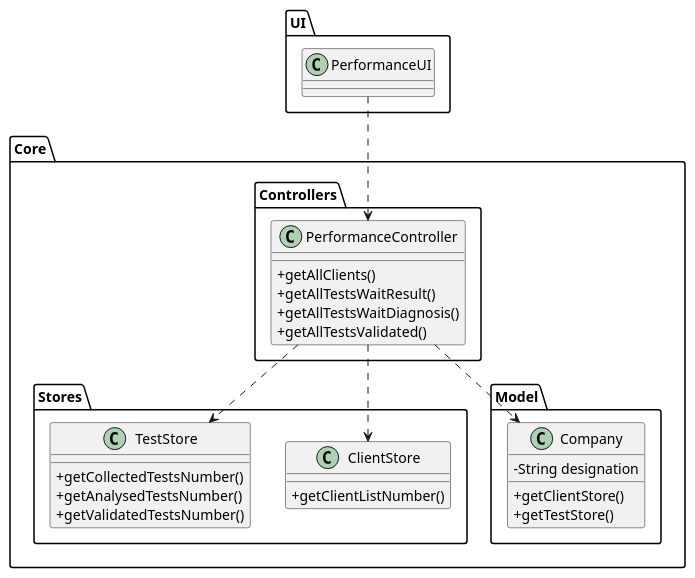
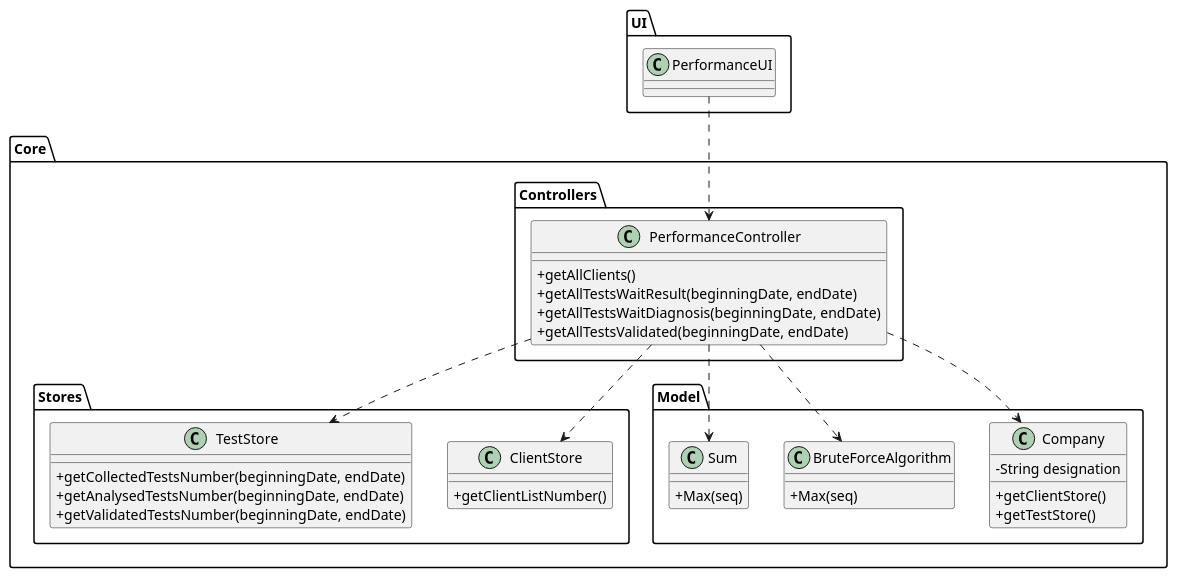
The diagram in docs/SprintD/US16/US16-CD.puml (0franciscor/lei-21-s2-1de-g19), drawn with PlantUML before and after one commit. The commit also changed 9 other files, not shown here.

```diff
--- a/docs/SprintD/US16/US16-CD.puml
+++ b/docs/SprintD/US16/US16-CD.puml
@@ -1,48 +1,58 @@
 @startuml
 'https://plantuml.com/class-diagram
 
 skinparam classAttributeIconSize 0
 
 package "UI" {
 class PerformanceUI{
 }
 }
 
 package "Core" {
 package "Controllers"{
 class PerformanceController{
   +getAllClients()
-  +getAllTestsWaitResult()
-  +getAllTestsWaitDiagnosis()
-  +getAllTestsValidated()
+  +getAllTestsWaitResult(beginningDate, endDate)
+  +getAllTestsWaitDiagnosis(beginningDate, endDate)
+  +getAllTestsValidated(beginningDate, endDate)
 }
 }
 
 package "Stores"{
 class ClientStore{
   +getClientListNumber()
 }
 
 class TestStore{
-  +getCollectedTestsNumber()
-  +getAnalysedTestsNumber()
-  +getValidatedTestsNumber()
+  +getCollectedTestsNumber(beginningDate, endDate)
+  +getAnalysedTestsNumber(beginningDate, endDate)
+  +getValidatedTestsNumber(beginningDate, endDate)
 }
 }
 
 package "Model"{
 class Company{
   -String designation
   +getClientStore()
   +getTestStore()
 }
+
+class BruteForceAlgorithm{
+  +Max(seq)
+}
+
+class Sum{
+  +Max(seq)
+}
 }
 
 
 }
 PerformanceUI ..> PerformanceController
 PerformanceController ..> Company
 PerformanceController ..> ClientStore
 PerformanceController ..> TestStore
+PerformanceController ..> BruteForceAlgorithm
+PerformanceController ..> Sum
 
 @enduml
```
